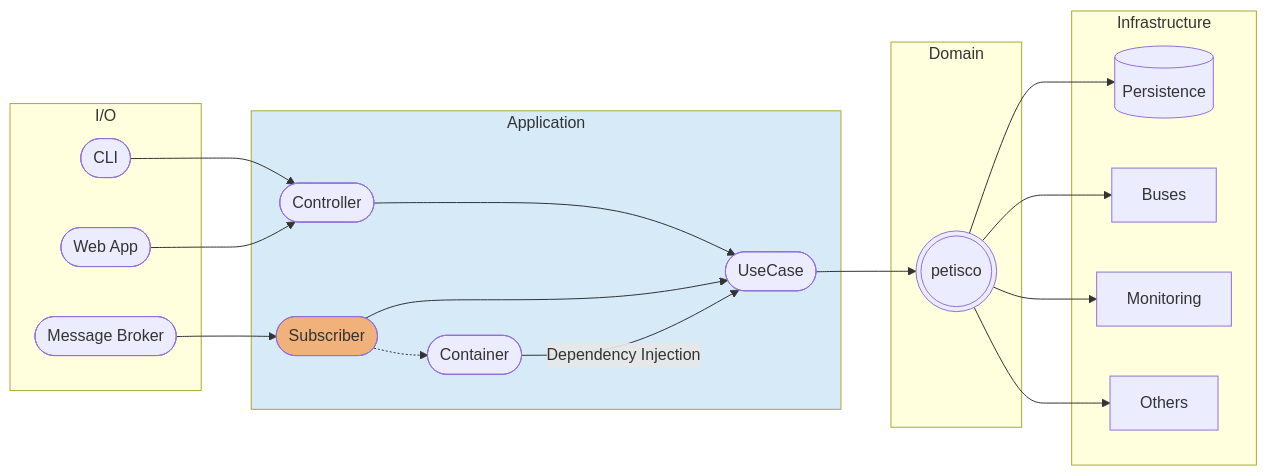
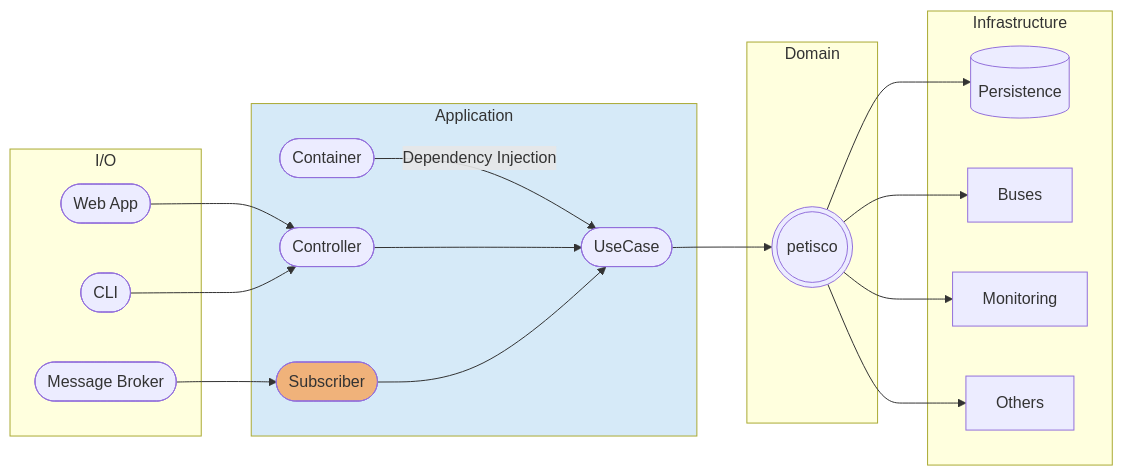
One commit to alice-biometrics/petisco changed the fifth of 8 diagrams in docs/application.md. Above: the diagram before and after it, drawn with Mermaid. The commit also changed other lines of this file and 3 other files, not shown here.

````diff
--- a/docs/application.md
+++ b/docs/application.md
@@ -472,42 +493,40 @@
 ```mermaid
 flowchart LR
 
 		subgraph I/O
-		cli([CLI])
-        webapp([Web App])
-        message([Message Broker])
+            cli([CLI])
+            webapp([Web App])
+            message([Message Broker])
 		end
 		
-		dic([Container])		
-		dic-- Dependency Injection -->usecase
-		
 		subgraph Application
-		controller([Controller])
-		usecase([UseCase])
-		subscriber([Subscriber])
-		controller --> usecase
-		subscriber --> usecase
-		subscriber .-> dic
+			dic([Container])		
+            dic-- Dependency Injection -->usecase
+            controller([Controller])
+            usecase([UseCase])
+            subscriber([Subscriber])
+            controller --> usecase
+            subscriber --> usecase
 		end
 		
 		webapp --> controller
 		cli --> controller
 		message --> subscriber
 
 		subgraph Domain
         petisco(((petisco)))
 		end
 		
 		usecase --> petisco
 
 		subgraph Infrastructure
-		Persistence[(Persistence)]
-		petisco --> Persistence
-		petisco --> Buses
-		petisco --> Monitoring
-		petisco --> Others
+            Persistence[(Persistence)]
+            petisco --> Persistence
+            petisco --> Buses
+            petisco --> Monitoring
+            petisco --> Others
 		end
 		
 		style subscriber fill:#F0B27A
 		style Application fill:#D6EAF8
 ```
````
